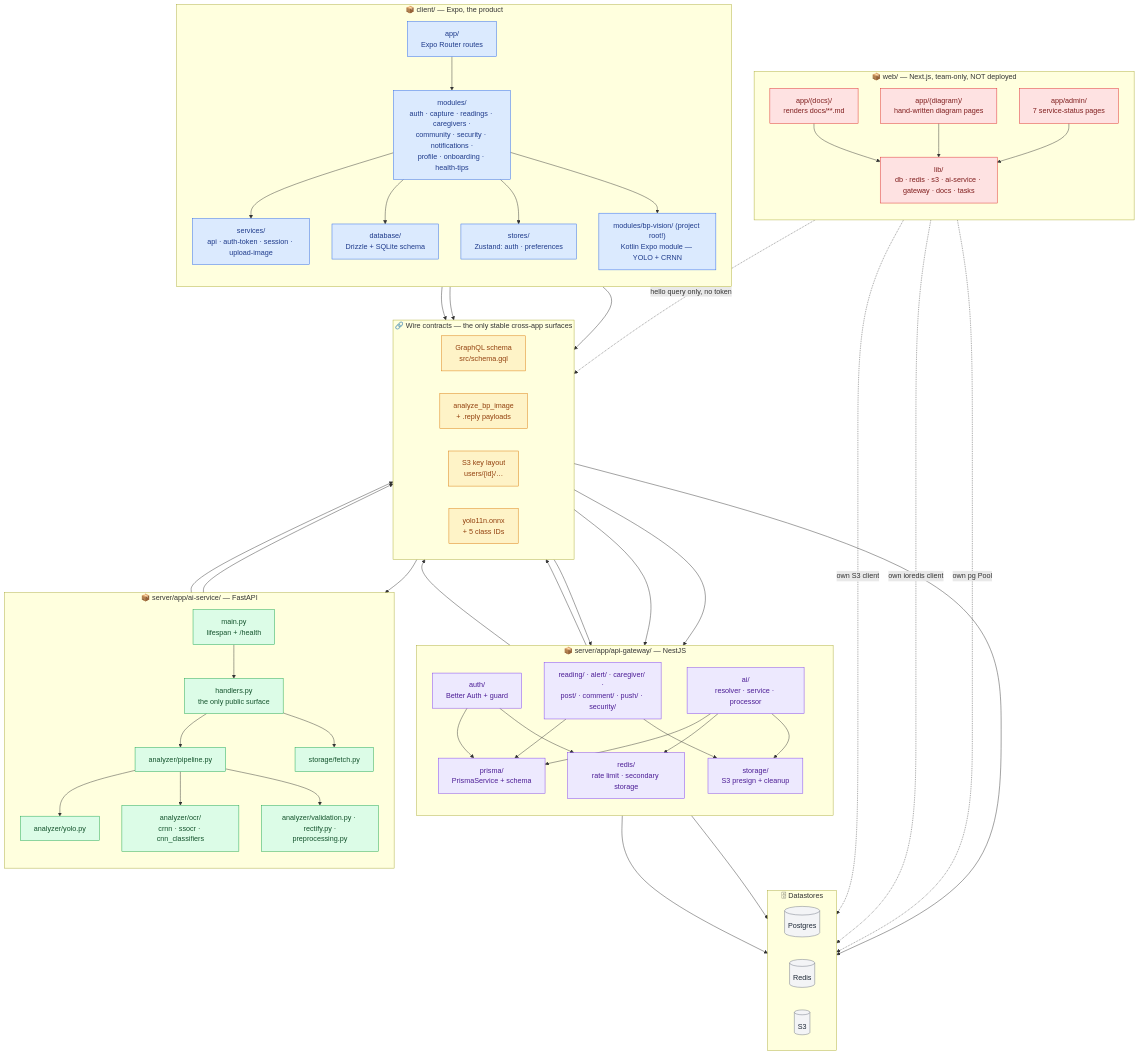
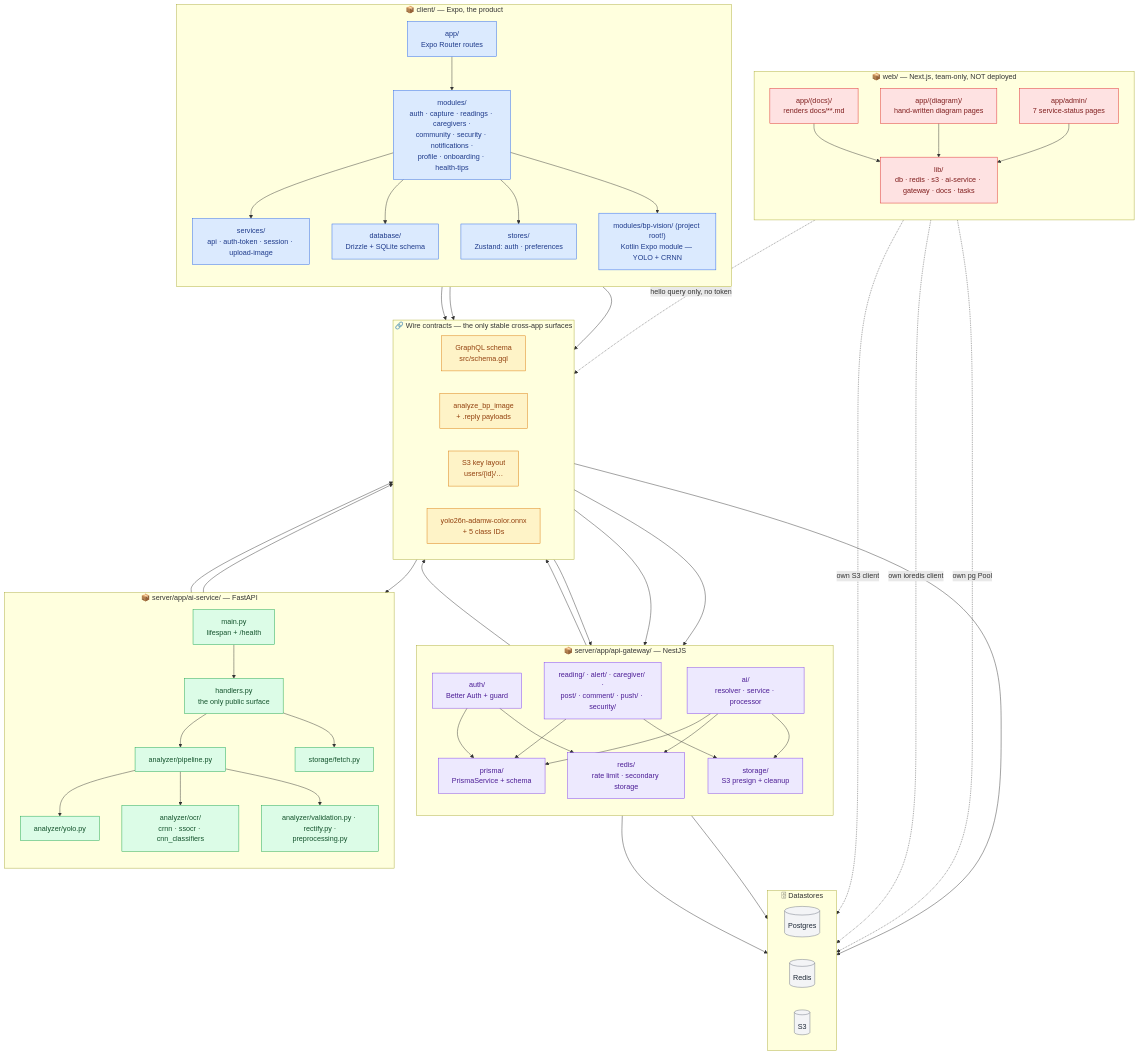
Before and after one commit to vanTHkrab/BP-Monitor-Application: the diagram in docs/architecture/package-structure.md, drawn with Mermaid. The commit also changed other lines of this file and 31 other files, not shown here.

```diff
--- a/docs/architecture/package-structure.md
+++ b/docs/architecture/package-structure.md
@@ -85,7 +85,7 @@
         K_GQL["GraphQL schema<br/>src/schema.gql"]
         K_REDIS["analyze_bp_image<br/>+ .reply payloads"]
         K_S3["S3 key layout<br/>users/{id}/…"]
-        K_MODEL["yolo11n.onnx<br/>+ 5 class IDs"]
+        K_MODEL["yolo26n-adamw-color.onnx<br/>+ 5 class IDs"]
     end
 
     subgraph DATA["🗄 Datastores"]
```
